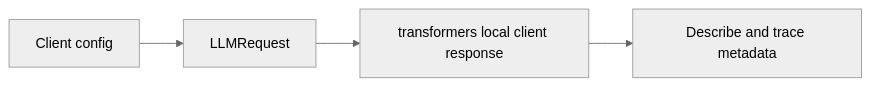
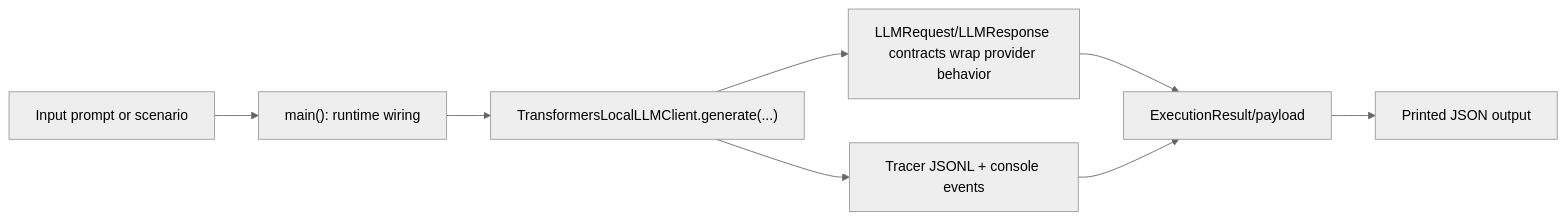
The diagram in docs/examples/clients/transformers_local_client.rst (cmudrc/design-research-agents), drawn with Mermaid (neutral theme) before and after one commit. The commit also changed other lines of this file and 83 other files, not shown here.

```diff
--- a/docs/examples/clients/transformers_local_client.rst
+++ b/docs/examples/clients/transformers_local_client.rst
@@ -21,6 +23,10 @@
 .. mermaid::
 
    flowchart LR
-       A["Client config"] --> B["LLMRequest"]
-       B --> C["transformers local client response"]
-       C --> D["Describe and trace metadata"]
+       A["Input prompt or scenario"] --> B["main(): runtime wiring"]
+       B --> C["TransformersLocalLLMClient.generate(...)"]
+       C --> D["LLMRequest/LLMResponse contracts wrap provider behavior"]
+       C --> E["Tracer JSONL + console events"]
+       D --> F["ExecutionResult/payload"]
+       E --> F
+       F --> G["Printed JSON output"]
```
